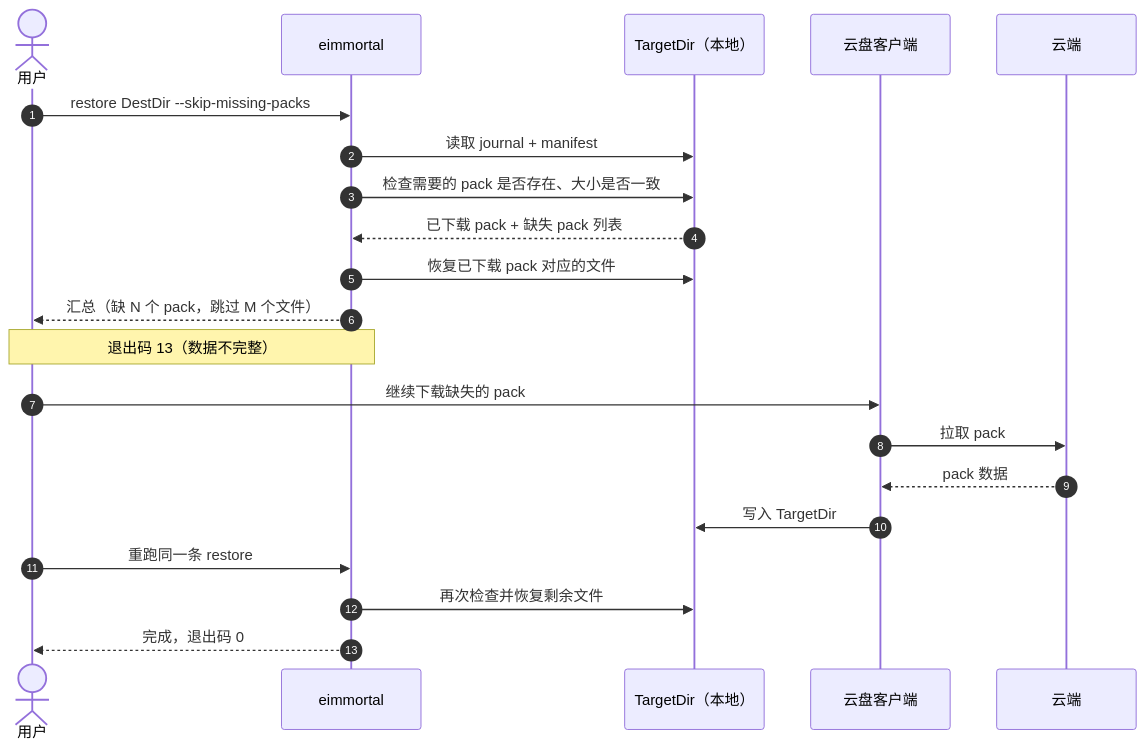
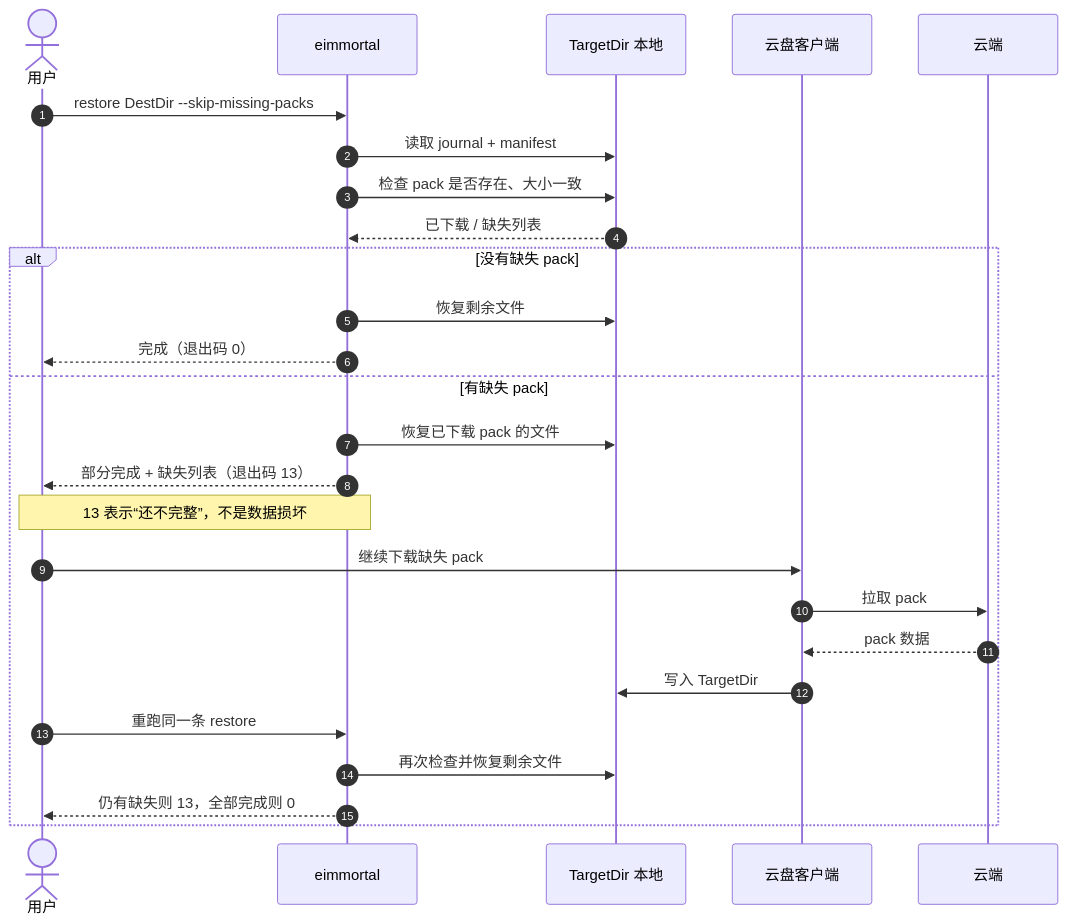
One commit to tangthinker/encry-immortals changed the fourth of 4 diagrams in README.md. Above: the diagram before and after it, drawn with Mermaid. The commit also changed other lines of this file, not shown here.

First line of the commit message:
docs: give README diagrams semantic roles and clearer flow

````diff
--- a/README.md
+++ b/README.md
@@ -153,24 +202,30 @@
 ```mermaid
 sequenceDiagram
     autonumber
     actor U as 用户
     participant CLI as eimmortal
-    participant T as TargetDir（本地）
+    participant T as TargetDir 本地
     participant C as 云盘客户端
     participant V as 云端
 
     U->>CLI: restore DestDir --skip-missing-packs
     CLI->>T: 读取 journal + manifest
-    CLI->>T: 检查需要的 pack 是否存在、大小是否一致
-    T-->>CLI: 已下载 pack + 缺失 pack 列表
-    CLI->>T: 恢复已下载 pack 对应的文件
-    CLI-->>U: 汇总（缺 N 个 pack，跳过 M 个文件）
-    Note over CLI,U: 退出码 13（数据不完整）
-    U->>C: 继续下载缺失的 pack
-    C->>V: 拉取 pack
-    V-->>C: pack 数据
-    C->>T: 写入 TargetDir
-    U->>CLI: 重跑同一条 restore
-    CLI->>T: 再次检查并恢复剩余文件
-    CLI-->>U: 完成，退出码 0
+    CLI->>T: 检查 pack 是否存在、大小一致
+    T-->>CLI: 已下载 / 缺失列表
+
+    alt 没有缺失 pack
+        CLI->>T: 恢复剩余文件
+        CLI-->>U: 完成（退出码 0）
+    else 有缺失 pack
+        CLI->>T: 恢复已下载 pack 的文件
+        CLI-->>U: 部分完成 + 缺失列表（退出码 13）
+        Note over CLI,U: 13 表示“还不完整”，不是数据损坏
+        U->>C: 继续下载缺失 pack
+        C->>V: 拉取 pack
+        V-->>C: pack 数据
+        C->>T: 写入 TargetDir
+        U->>CLI: 重跑同一条 restore
+        CLI->>T: 再次检查并恢复剩余文件
+        CLI-->>U: 仍有缺失则 13，全部完成则 0
+    end
 ```
````
